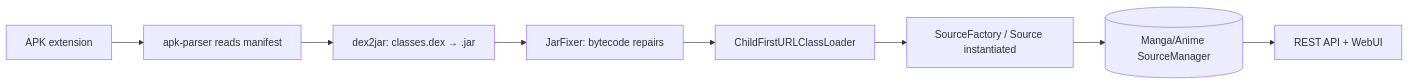
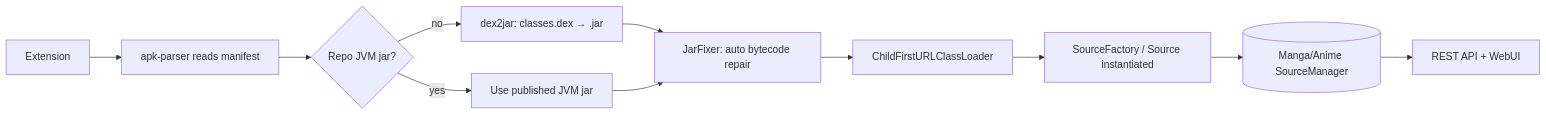
The first of 2 diagrams in docs/index.md (miwayomi/miwayomi), drawn with Mermaid before and after one commit. The commit also changed other lines of this file and 3 other files, not shown here.

First line of the commit message:
docs: update extension pipeline, JVM jars, and auto-repair docs

````diff
--- a/docs/index.md
+++ b/docs/index.md
@@ -135,10 +135,13 @@
 ```mermaid
 flowchart LR
-    A[APK extension] --> B[apk-parser reads manifest]
-    B --> C[dex2jar: classes.dex → .jar]
-    C --> D[JarFixer: bytecode repairs]
-    D --> E[ChildFirstURLClassLoader]
-    E --> F[SourceFactory / Source instantiated]
-    F --> G[(Manga/Anime SourceManager)]
-    G --> H[REST API + WebUI]
+    A[Extension] --> B[apk-parser reads manifest]
+    B --> C{Repo JVM jar?}
+    C -- no --> D[dex2jar: classes.dex → .jar]
+    C -- yes --> E[Use published JVM jar]
+    D --> F[JarFixer: auto bytecode repair]
+    E --> F
+    F --> G[ChildFirstURLClassLoader]
+    G --> H[SourceFactory / Source instantiated]
+    H --> I[(Manga/Anime SourceManager)]
+    I --> J[REST API + WebUI]
 ```
````
